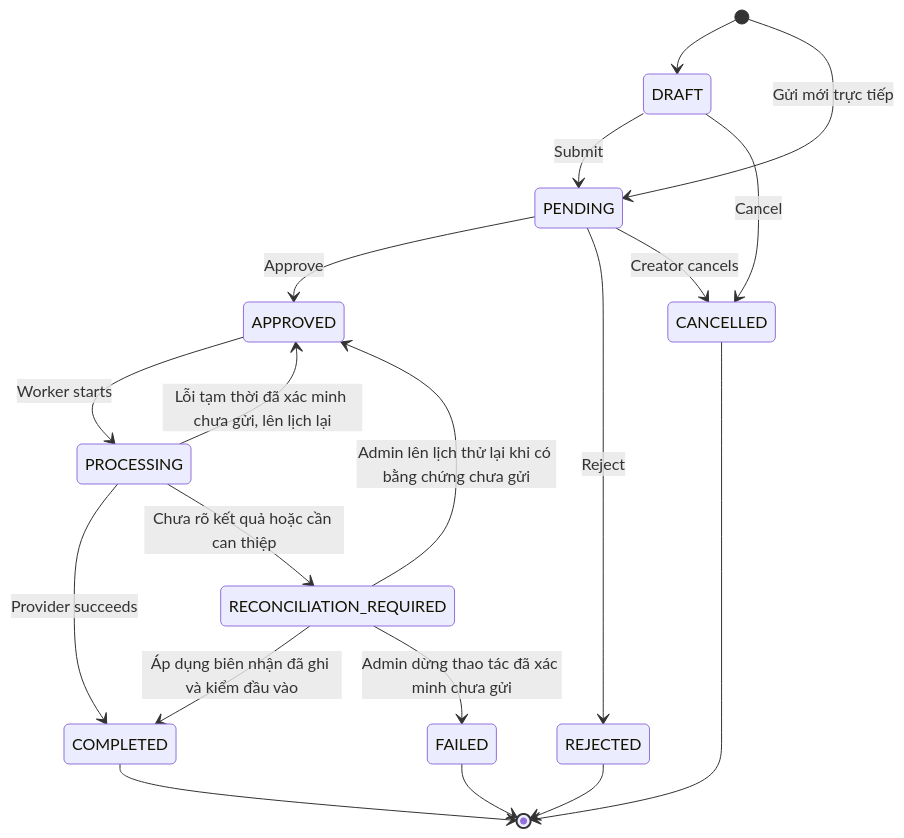
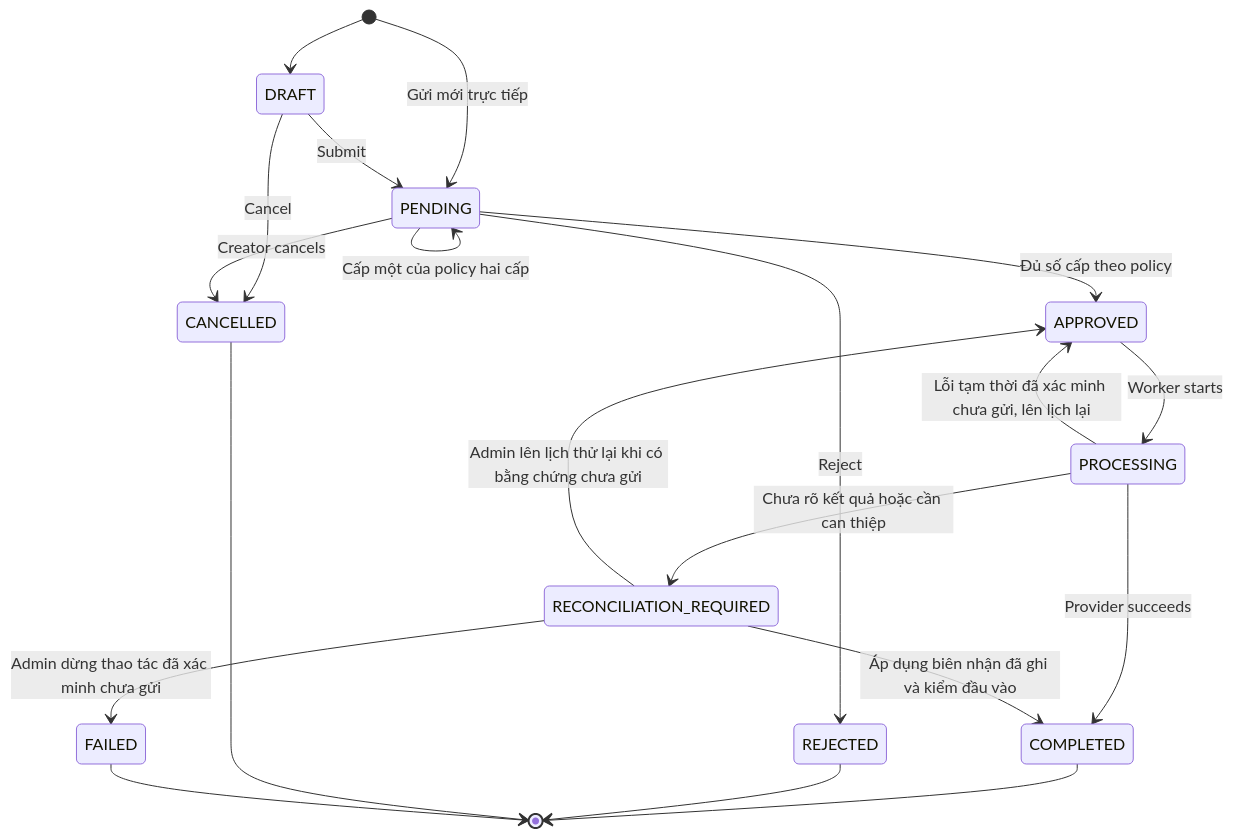
Before and after one commit to Eyblcat12/Cryta: the eighth of 9 diagrams in 01_luong_hoat_dong_he_thong.md, drawn with Mermaid. The commit also changed other lines of this file and 11 other files, not shown here.

Commit message:
docs(handoff): refresh demo and architecture for schema 027

````diff
--- a/01_luong_hoat_dong_he_thong.md
+++ b/01_luong_hoat_dong_he_thong.md
@@ -267,21 +276,22 @@
 ```mermaid
 stateDiagram-v2
     [*] --> DRAFT
     [*] --> PENDING: Gửi mới trực tiếp
     DRAFT --> PENDING: Submit
     DRAFT --> CANCELLED: Cancel
-    PENDING --> APPROVED: Approve
+    PENDING --> PENDING: Cấp một của policy hai cấp
+    PENDING --> APPROVED: Đủ số cấp theo policy
     PENDING --> REJECTED: Reject
     PENDING --> CANCELLED: Creator cancels
     APPROVED --> PROCESSING: Worker starts
     PROCESSING --> COMPLETED: Provider succeeds
     PROCESSING --> APPROVED: Lỗi tạm thời đã xác minh chưa gửi, lên lịch lại
     PROCESSING --> RECONCILIATION_REQUIRED: Chưa rõ kết quả hoặc cần can thiệp
     RECONCILIATION_REQUIRED --> APPROVED: Admin lên lịch thử lại khi có bằng chứng chưa gửi
     RECONCILIATION_REQUIRED --> COMPLETED: Áp dụng biên nhận đã ghi và kiểm đầu vào
     RECONCILIATION_REQUIRED --> FAILED: Admin dừng thao tác đã xác minh chưa gửi
     COMPLETED --> [*]
     REJECTED --> [*]
     CANCELLED --> [*]
     FAILED --> [*]
 ```
````
